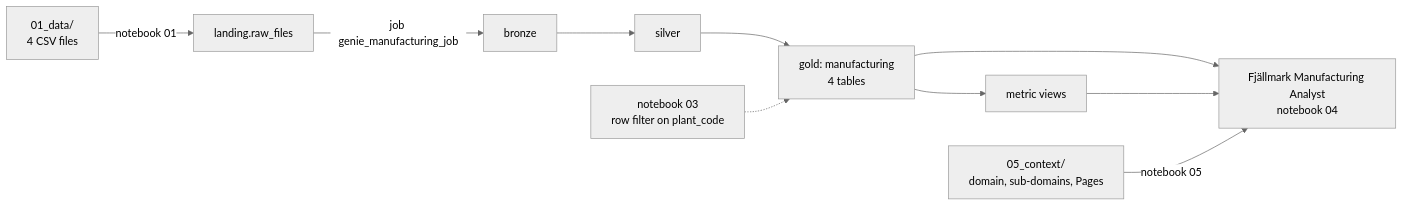
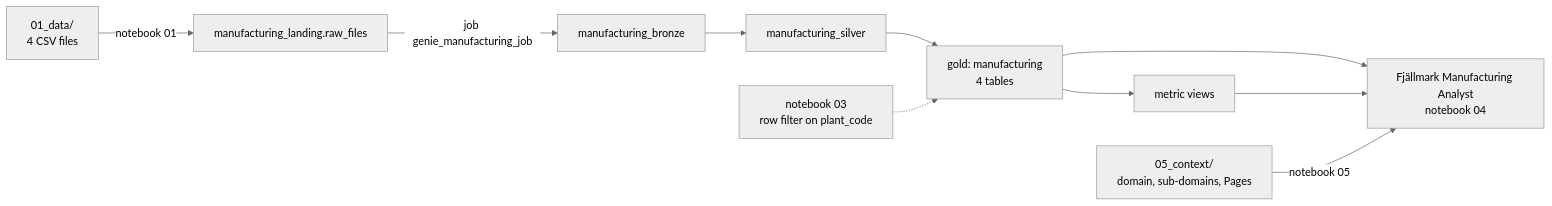
The diagram in bootcamp_domain/manufacturing/README.md (dediggibyte/genie_bootcamp_diggibyte), drawn with Mermaid (neutral theme) before and after one commit. The commit also changed other lines of this file and 43 other files, not shown here.

````diff
--- a/bootcamp_domain/manufacturing/README.md
+++ b/bootcamp_domain/manufacturing/README.md
@@ -49,10 +53,10 @@
 ```mermaid
 flowchart LR
-    CSV["01_data/<br/>4 CSV files"] -->|"notebook 01"| VOL["landing.raw_files"]
-    VOL -->|"job genie_manufacturing_job"| BR["bronze"] --> SI["silver"] --> GO["gold: manufacturing<br/>4 tables"]
+    CSV["01_data/<br/>4 CSV files"] -->|"notebook 01"| VOL["manufacturing_landing.raw_files"]
+    VOL -->|"job genie_manufacturing_job"| BR["manufacturing_bronze"] --> SI["manufacturing_silver"] --> GO["gold: manufacturing<br/>4 tables"]
     GO --> MV["metric views"]
     GOV["notebook 03<br/>row filter on plant_code"] -.-> GO
     GO --> AG["Fjällmark Manufacturing Analyst<br/>notebook 04"]
     MV --> AG
     CTX["05_context/<br/>domain, sub-domains, Pages"] -->|"notebook 05"| AG
 ```
````
